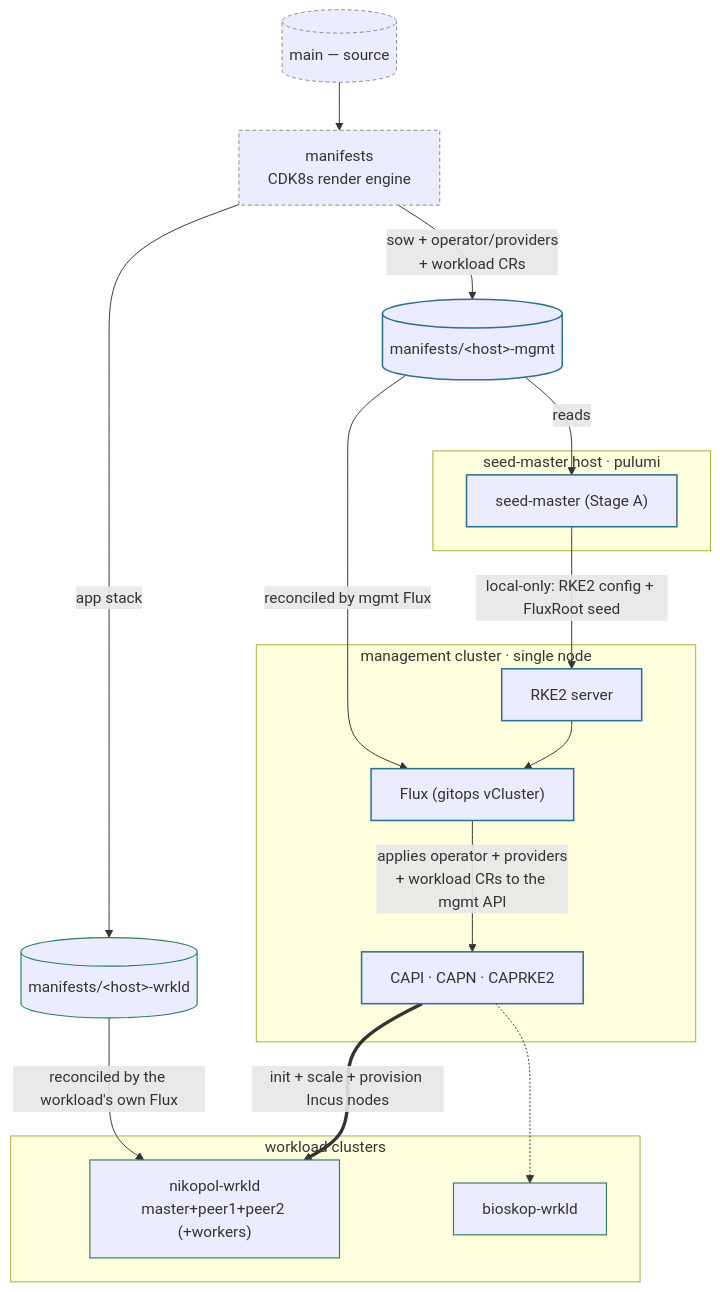
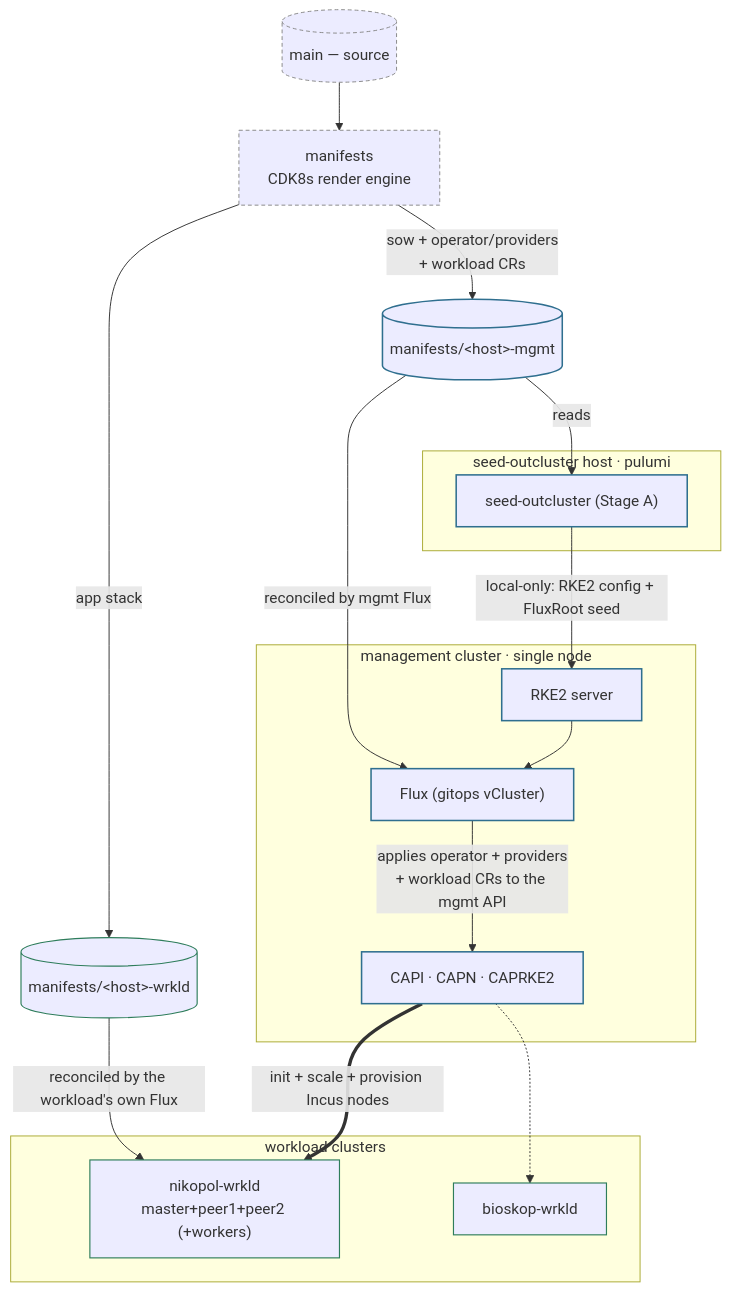
One commit to seedmatic/rke2lab changed the second of 7 diagrams in docs/architecture/cluster-api/manifests-rendered-branches.adoc. Above: the diagram before and after it, drawn with Mermaid. The commit also changed other lines of this file and 160 other files, not shown here.

First line of the commit message:
refactor(exec)!: `seed-master` → `seed-outcluster`, one axis for the whole chain

```diff
--- a/docs/architecture/cluster-api/manifests-rendered-branches.adoc
+++ b/docs/architecture/cluster-api/manifests-rendered-branches.adoc
@@ -138,33 +138,33 @@
 [mermaid,manifests-rendered-branches-containers,svg]
 ----
 flowchart TB
   MAIN[("main — source")]
   MOD["manifests<br/>CDK8s render engine"]
   MAIN --> MOD
   MOD -->|"sow + operator/providers<br/>+ workload CRs"| BM[("manifests/&lt;host&gt;-mgmt")]
   MOD -->|"app stack"| BW[("manifests/&lt;host&gt;-wrkld")]
-  subgraph HOST["seed-master host · pulumi"]
-    SM["seed-master (Stage A)"]
+  subgraph HOST["seed-outcluster host · pulumi"]
+    SM["seed-outcluster (Stage A)"]
   end
   BM -->|reads| SM
   subgraph MGMT["management cluster · single node"]
     RKE2M["RKE2 server"]
     FLX["Flux (gitops vCluster)"]
     CTRL["CAPI · CAPN · CAPRKE2"]
   end
   SM -->|"local-only: RKE2 config + FluxRoot seed"| RKE2M
   RKE2M --> FLX
   BM -->|"reconciled by mgmt Flux"| FLX
   FLX -->|"applies operator + providers<br/>+ workload CRs to the mgmt API"| CTRL
   subgraph WL["workload clusters"]
     W1["nikopol-wrkld<br/>master+peer1+peer2 (+workers)"]
     W2["bioskop-wrkld"]
   end
   CTRL ==>|"init + scale + provision Incus nodes"| W1
   CTRL -.-> W2
   BW -->|"reconciled by the workload's own Flux"| W1
   classDef src stroke:#888,stroke-dasharray:4 3;
   classDef mgmt stroke:#2f6f8f,stroke-width:1.6px;
   classDef wl stroke:#2e7d5b,stroke-width:1.2px;
   class MAIN,MOD src; class BM,SM,RKE2M,FLX,CTRL mgmt; class BW,W1,W2 wl;
 ----
```
